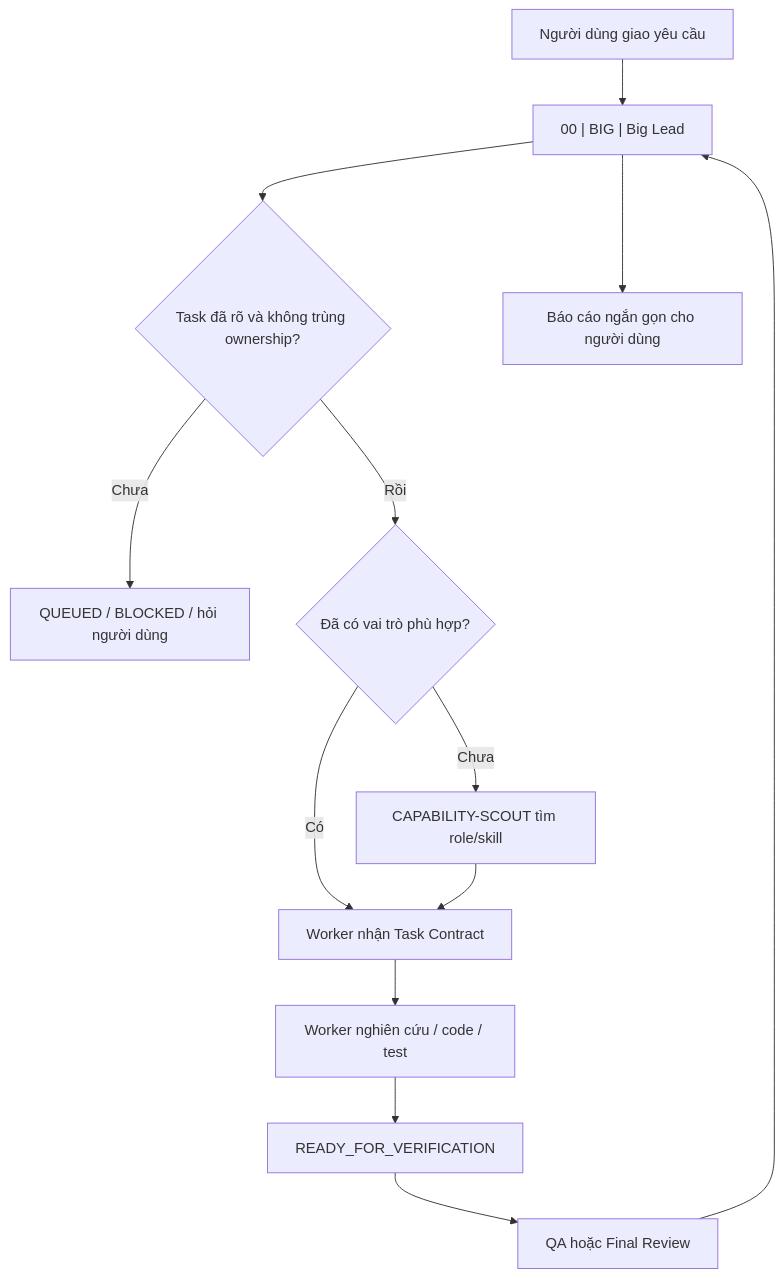
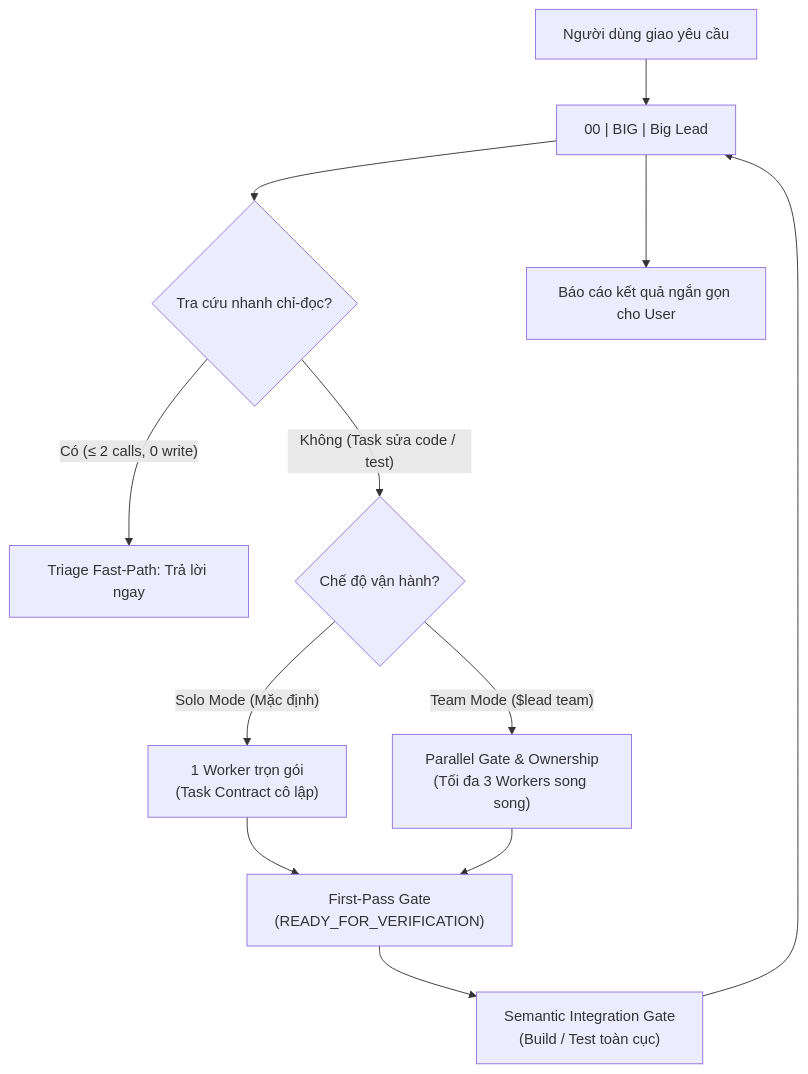
One commit to TINVO04/codex-agent-team-lead changed the diagram in README.md. Above: the diagram before and after it, drawn with Mermaid. The commit also changed other lines of this file and 4 other files, not shown here.

Commit message:
feat(lead): optimize 2026 architecture with triage fast-path, elastic dual-mode and lean git policy

````diff
--- a/README.md
+++ b/README.md
@@ -95,15 +99,16 @@
 ```mermaid
 flowchart TD
     U["Người dùng giao yêu cầu"] --> B["00 | BIG | Big Lead"]
-    B --> T{"Task đã rõ và không trùng ownership?"}
-    T -- "Chưa" --> Q["QUEUED / BLOCKED / hỏi người dùng"]
-    T -- "Rồi" --> R{"Đã có vai trò phù hợp?"}
-    R -- "Có" --> W["Worker nhận Task Contract"]
-    R -- "Chưa" --> C["CAPABILITY-SCOUT tìm role/skill"]
-    C --> W
-    W --> E["Worker nghiên cứu / code / test"]
-    E --> F["READY_FOR_VERIFICATION"]
-    F --> V["QA hoặc Final Review"]
-    V --> B
-    B --> O["Báo cáo ngắn gọn cho người dùng"]
+    B --> Triage{"Tra cứu nhanh chỉ-đọc?"}
+    Triage -- "Có (≤ 2 calls, 0 write)" --> Fast["Triage Fast-Path: Trả lời ngay"]
+    Triage -- "Không (Task sửa code / test)" --> Mode{"Chế độ vận hành?"}
+    
+    Mode -- "Solo Mode (Mặc định)" --> S["1 Worker trọn gói\n(Task Contract cô lập)"]
+    Mode -- "Team Mode ($lead team)" --> M["Parallel Gate & Ownership\n(Tối đa 3 Workers song song)"]
+    
+    S --> V["First-Pass Gate\n(READY_FOR_VERIFICATION)"]
+    M --> V
+    V --> Int["Semantic Integration Gate\n(Build / Test toàn cục)"]
+    Int --> B
+    B --> O["Báo cáo kết quả ngắn gọn cho User"]
 ```
````
